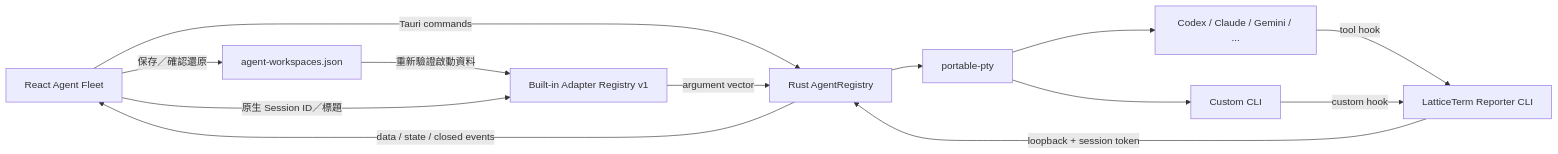
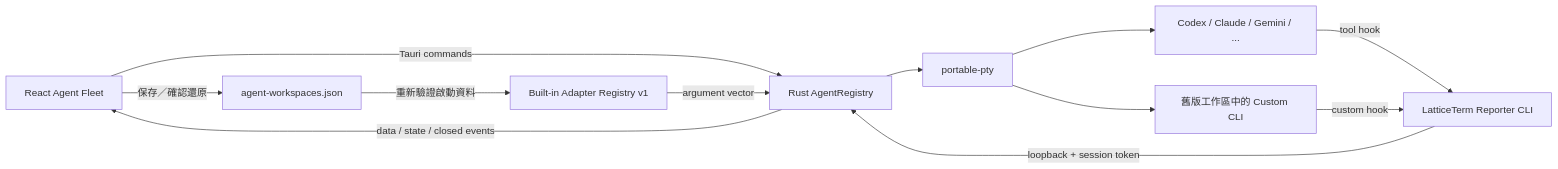
Before and after one commit to NickYCLin/LatticeTerm: the diagram in docs/AGENT_FLEET_ARCHITECTURE.zh-TW.md, drawn with Mermaid. The commit also changed other lines of this file and 10 other files, not shown here.

````diff
--- a/docs/AGENT_FLEET_ARCHITECTURE.zh-TW.md
+++ b/docs/AGENT_FLEET_ARCHITECTURE.zh-TW.md
@@ -11,15 +11,14 @@
 ```mermaid
 flowchart LR
   UI["React Agent Fleet"] -->|"Tauri commands"| REG["Rust AgentRegistry"]
   UI -->|"保存／確認還原"| PLAN["agent-workspaces.json"]
   PLAN -->|"重新驗證啟動資料"| ADAPTER["Built-in Adapter Registry v1"]
-  UI -->|"原生 Session ID／標題"| ADAPTER
   ADAPTER -->|"argument vector"| REG
   REG --> PTY["portable-pty"]
   PTY --> A["Codex / Claude / Gemini / ..."]
-  PTY --> C["Custom CLI"]
+  PTY --> C["舊版工作區中的 Custom CLI"]
   A -->|"tool hook"| REP["LatticeTerm Reporter CLI"]
   C -->|"custom hook"| REP
   REP -->|"loopback + session token"| REG
   REG -->|"data / state / closed events"| UI
 ```
````
